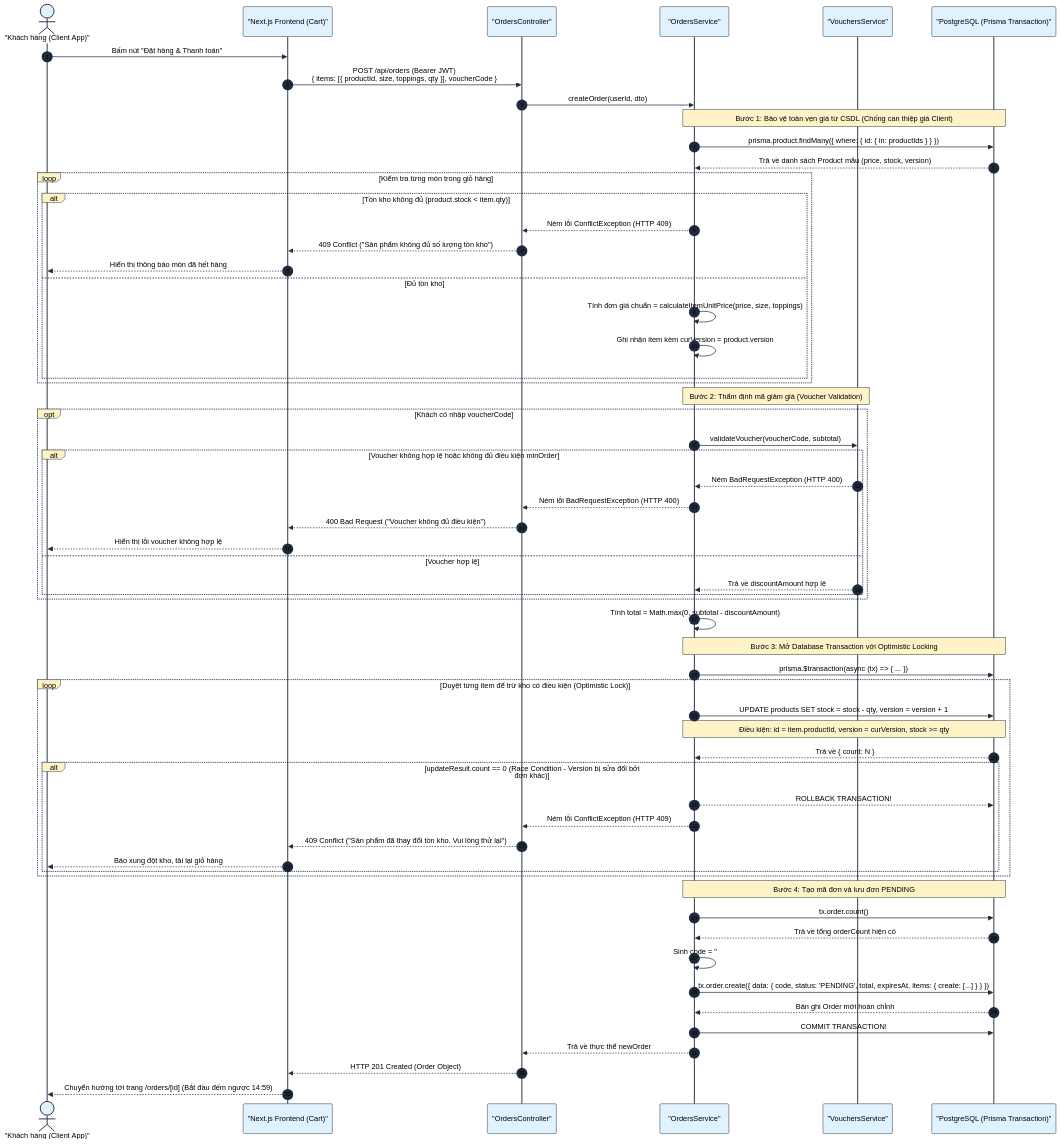
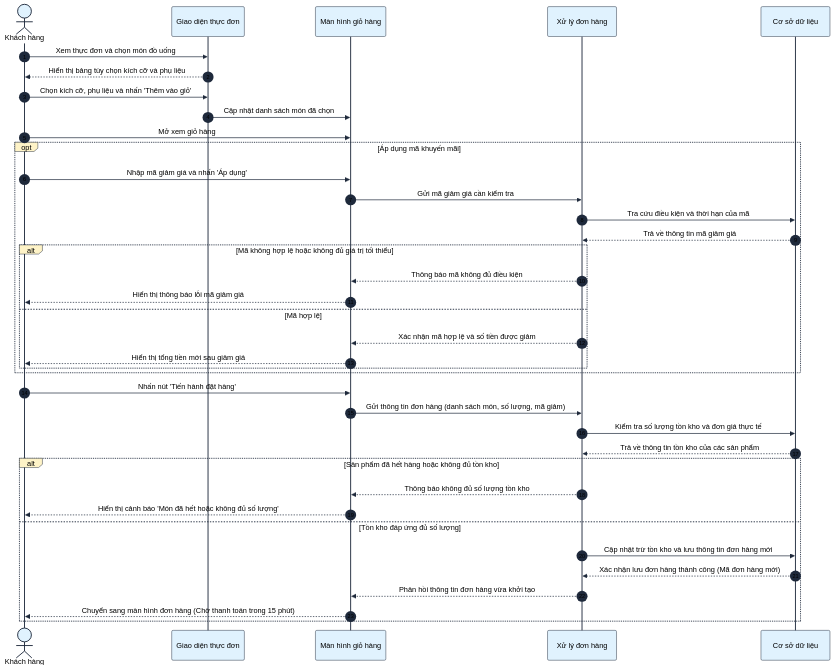
One commit to ThuanTran260/CNPM-BrewLite changed the diagram in docs/diagrams/sequence-order-creation.mmd. Above: the diagram before and after it, drawn with Mermaid. The commit also changed 25 other files, not shown here.

First line of the commit message:
docs(diagrams): chuan hoa so do hoc thuat tieng Viet va bo sung sequence diagram

```diff
--- a/docs/diagrams/sequence-order-creation.mmd
+++ b/docs/diagrams/sequence-order-creation.mmd
@@ -1,98 +1,72 @@
 %%{init: {
   'theme': 'base',
   'themeVariables': {
     'primaryColor': '#e0f2fe',
     'primaryTextColor': '#000000',
     'primaryBorderColor': '#1e293b',
     'lineColor': '#1e293b',
     'secondaryColor': '#fef3c7',
     'tertiaryColor': '#ffffff',
     'actorBkg': '#e0f2fe',
     'actorBorder': '#1e293b',
     'actorTextColor': '#000000',
     'actorLineColor': '#1e293b',
     'signalColor': '#1e293b',
     'signalTextColor': '#000000',
     'labelBoxBkgColor': '#fef3c7',
     'labelBoxBorderColor': '#1e293b',
     'labelTextColor': '#000000',
     'loopTextColor': '#000000',
     'noteBorderColor': '#1e293b',
     'noteBkgColor': '#fef3c7',
     'noteTextColor': '#000000',
     'activationBorderColor': '#1e293b',
     'activationBkgColor': '#cbd5e1',
     'sequenceNumberColor': '#000000',
     'fontFamily': 'Segoe UI, Arial, sans-serif'
   }
 }}%%
 sequenceDiagram
     autonumber
-    actor Customer as "Khách hàng (Client App)"
-    participant FE as "Next.js Frontend (Cart)"
-    participant Controller as "OrdersController"
-    participant OrdersSvc as "OrdersService"
-    participant VouchersSvc as "VouchersService"
-    participant DB as "PostgreSQL (Prisma Transaction)"
+    actor KhachHang as Khách hàng
+    participant TrangMenu as Giao diện thực đơn
+    participant FormGioHang as Màn hình giỏ hàng
+    participant XuLyDonHang as Xử lý đơn hàng
+    participant CSDL as Cơ sở dữ liệu
 
-    Customer->>FE: Bấm nút "Đặt hàng & Thanh toán"
-    FE->>Controller: POST /api/orders (Bearer JWT)<br>{ items: [{ productId, size, toppings, qty }], voucherCode }
-    Controller->>OrdersSvc: createOrder(userId, dto)
+    KhachHang->>TrangMenu: Xem thực đơn và chọn món đồ uống
+    TrangMenu-->>KhachHang: Hiển thị bảng tùy chọn kích cỡ và phụ liệu
+    KhachHang->>TrangMenu: Chọn kích cỡ, phụ liệu và nhấn 'Thêm vào giỏ'
+    TrangMenu->>FormGioHang: Cập nhật danh sách món đã chọn
 
-    Note over OrdersSvc,DB: Bước 1: Bảo vệ toàn vẹn giá từ CSDL (Chống can thiệp giá Client)
-    OrdersSvc->>DB: prisma.product.findMany({ where: { id: { in: productIds } } })
-    DB-->>OrdersSvc: Trả về danh sách Product mẫu (price, stock, version)
+    KhachHang->>FormGioHang: Mở xem giỏ hàng
 
-    loop Kiểm tra từng món trong giỏ hàng
-        alt Tồn kho không đủ (product.stock < item.qty)
-            OrdersSvc-->>Controller: Ném lỗi ConflictException (HTTP 409)
-            Controller-->>FE: 409 Conflict ("Sản phẩm không đủ số lượng tồn kho")
-            FE-->>Customer: Hiển thị thông báo món đã hết hàng
-        else Đủ tồn kho
-            OrdersSvc->>OrdersSvc: Tính đơn giá chuẩn = calculateItemUnitPrice(price, size, toppings)
-            OrdersSvc->>OrdersSvc: Ghi nhận item kèm curVersion = product.version
+    opt Áp dụng mã khuyến mãi
+        KhachHang->>FormGioHang: Nhập mã giảm giá và nhấn 'Áp dụng'
+        FormGioHang->>XuLyDonHang: Gửi mã giảm giá cần kiểm tra
+        XuLyDonHang->>CSDL: Tra cứu điều kiện và thời hạn của mã
+        CSDL-->>XuLyDonHang: Trả về thông tin mã giảm giá
+        alt Mã không hợp lệ hoặc không đủ giá trị tối thiểu
+            XuLyDonHang-->>FormGioHang: Thông báo mã không đủ điều kiện
+            FormGioHang-->>KhachHang: Hiển thị thông báo lỗi mã giảm giá
+        else Mã hợp lệ
+            XuLyDonHang-->>FormGioHang: Xác nhận mã hợp lệ và số tiền được giảm
+            FormGioHang-->>KhachHang: Hiển thị tổng tiền mới sau giảm giá
         end
     end
 
-    Note over OrdersSvc,VouchersSvc: Bước 2: Thẩm định mã giảm giá (Voucher Validation)
-    opt Khách có nhập voucherCode
-        OrdersSvc->>VouchersSvc: validateVoucher(voucherCode, subtotal)
-        alt Voucher không hợp lệ hoặc không đủ điều kiện minOrder
-            VouchersSvc-->>OrdersSvc: Ném BadRequestException (HTTP 400)
-            OrdersSvc-->>Controller: Ném lỗi BadRequestException (HTTP 400)
-            Controller-->>FE: 400 Bad Request ("Voucher không đủ điều kiện")
-            FE-->>Customer: Hiển thị lỗi voucher không hợp lệ
-        else Voucher hợp lệ
-            VouchersSvc-->>OrdersSvc: Trả về discountAmount hợp lệ
-        end
+    KhachHang->>FormGioHang: Nhấn nút 'Tiến hành đặt hàng'
+    FormGioHang->>XuLyDonHang: Gửi thông tin đơn hàng (danh sách món, số lượng, mã giảm)
+    
+    XuLyDonHang->>CSDL: Kiểm tra số lượng tồn kho và đơn giá thực tế
+    CSDL-->>XuLyDonHang: Trả về thông tin tồn kho của các sản phẩm
+
+    alt Sản phẩm đã hết hàng hoặc không đủ tồn kho
+        XuLyDonHang-->>FormGioHang: Thông báo không đủ số lượng tồn kho
+        FormGioHang-->>KhachHang: Hiển thị cảnh báo 'Món đã hết hoặc không đủ số lượng'
+    else Tồn kho đáp ứng đủ số lượng
+        XuLyDonHang->>CSDL: Cập nhật trừ tồn kho và lưu thông tin đơn hàng mới
+        CSDL-->>XuLyDonHang: Xác nhận lưu đơn hàng thành công (Mã đơn hàng mới)
+        XuLyDonHang-->>FormGioHang: Phản hồi thông tin đơn hàng vừa khởi tạo
+        FormGioHang-->>KhachHang: Chuyển sang màn hình đơn hàng (Chờ thanh toán trong 15 phút)
     end
-
-    OrdersSvc->>OrdersSvc: Tính total = Math.max(0, subtotal - discountAmount)
-
-    Note over OrdersSvc,DB: Bước 3: Mở Database Transaction với Optimistic Locking
-    OrdersSvc->>DB: prisma.$transaction(async (tx) => { ... })
-    
-    loop Duyệt từng item để trừ kho có điều kiện (Optimistic Lock)
-        OrdersSvc->>DB: UPDATE products SET stock = stock - qty, version = version + 1
-        Note over OrdersSvc,DB: Điều kiện: id = item.productId, version = curVersion, stock >= qty
-        DB-->>OrdersSvc: Trả về { count: N }
-
-        alt updateResult.count == 0 (Race Condition - Version bị sửa đổi bởi đơn khác)
-            OrdersSvc-->>DB: ROLLBACK TRANSACTION!
-            OrdersSvc-->>Controller: Ném lỗi ConflictException (HTTP 409)
-            Controller-->>FE: 409 Conflict ("Sản phẩm đã thay đổi tồn kho. Vui lòng thử lại")
-            FE-->>Customer: Báo xung đột kho, tải lại giỏ hàng
-        end
-    end
-
-    Note over OrdersSvc,DB: Bước 4: Tạo mã đơn và lưu đơn PENDING
-    OrdersSvc->>DB: tx.order.count()
-    DB-->>OrdersSvc: Trả về tổng orderCount hiện có
-    OrdersSvc->>OrdersSvc: Sinh code = "#" + (1001 + orderCount)<br>Thiết lập expiresAt = now() + 15 phút
-    OrdersSvc->>DB: tx.order.create({ data: { code, status: 'PENDING', total, expiresAt, items: { create: [...] } } })
-    DB-->>OrdersSvc: Bản ghi Order mới hoàn chỉnh
-    OrdersSvc->>DB: COMMIT TRANSACTION!
-
-    OrdersSvc-->>Controller: Trả về thực thể newOrder
-    Controller-->>FE: HTTP 201 Created (Order Object)
-    FE-->>Customer: Chuyển hướng tới trang /orders/[id] (Bắt đầu đếm ngược 14:59)
```
